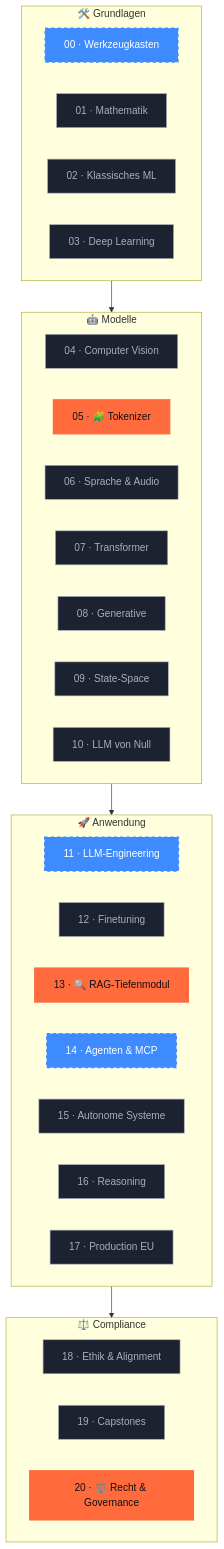
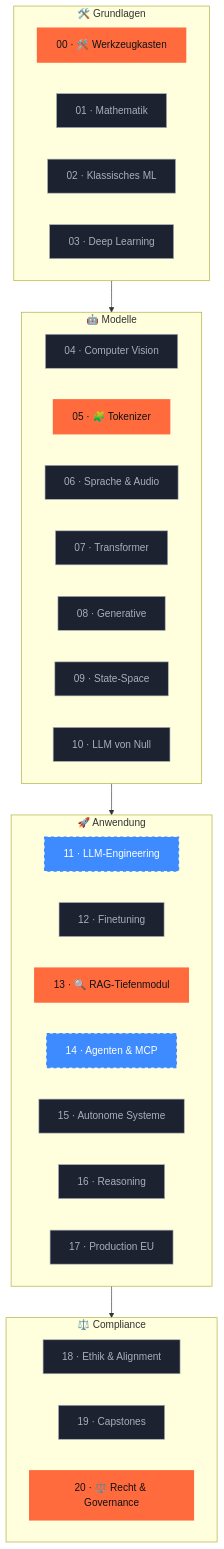
Before and after one commit to s-a-s-k-i-a/ki-engineering-werkstatt: the second of 3 diagrams in README.md, drawn with Mermaid. The commit also changed 19 other files, not shown here.

````diff
--- a/README.md
+++ b/README.md
@@ -242,45 +242,45 @@
 ```mermaid
 flowchart TB
   subgraph G[" 🛠️ Grundlagen "]
     direction LR
-    P00[00 · Werkzeugkasten]:::wip
+    P00[00 · 🛠️ Werkzeugkasten]:::done
     P01[01 · Mathematik]:::planned
     P02[02 · Klassisches ML]:::planned
     P03[03 · Deep Learning]:::planned
   end
 
   subgraph M[" 🤖 Modelle "]
     direction LR
     P04[04 · Computer Vision]:::planned
     P05[05 · 🧩 Tokenizer]:::done
     P06[06 · Sprache & Audio]:::planned
     P07[07 · Transformer]:::planned
     P08[08 · Generative]:::planned
     P09[09 · State-Space]:::planned
     P10[10 · LLM von Null]:::planned
   end
 
   subgraph A[" 🚀 Anwendung "]
     direction LR
     P11[11 · LLM-Engineering]:::wip
     P12[12 · Finetuning]:::planned
     P13[13 · 🔍 RAG-Tiefenmodul]:::done
     P14[14 · Agenten & MCP]:::wip
     P15[15 · Autonome Systeme]:::planned
     P16[16 · Reasoning]:::planned
     P17[17 · Production EU]:::planned
   end
 
   subgraph C[" ⚖️ Compliance "]
     direction LR
     P18[18 · Ethik & Alignment]:::planned
     P19[19 · Capstones]:::planned
     P20[20 · ⚖️ Recht & Governance]:::done
   end
 
   G --> M --> A --> C
 
   classDef done fill:#FF6B3D,color:#0E1116,stroke:#FF6B3D,stroke-width:2px
   classDef wip fill:#3D8BFF,color:#FFF,stroke:#3D8BFF,stroke-width:2px,stroke-dasharray:5
   classDef planned fill:#1c2230,color:#A8B0BA,stroke:#A8B0BA,stroke-width:1px
 ```
````
